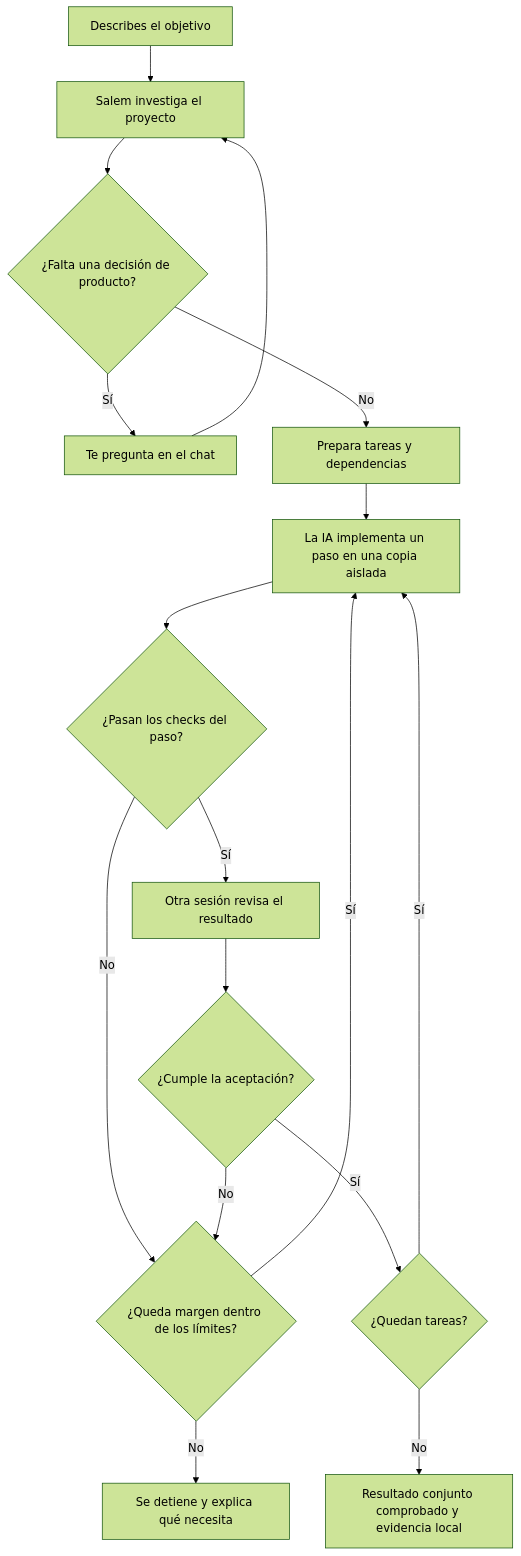
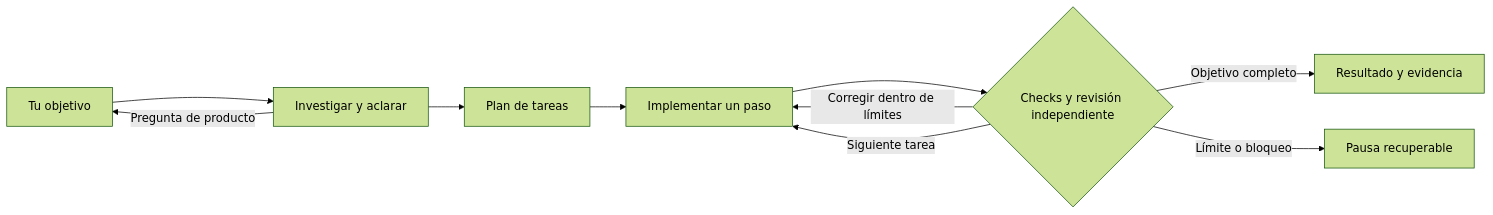
One commit to 88randy/Salem changed the diagram in README.md. Above: the diagram before and after it, drawn with Mermaid (forest theme).

Commit message:
docs: make the workflow diagram easier to scan

````diff
--- a/README.md
+++ b/README.md
@@ -58,19 +58,12 @@
 ```mermaid
-flowchart TD
-    A[Describes el objetivo] --> B[Salem investiga el proyecto]
-    B --> C{¿Falta una decisión de producto?}
-    C -->|Sí| D[Te pregunta en el chat]
-    D --> B
-    C -->|No| E[Prepara tareas y dependencias]
-    E --> F[La IA implementa un paso en una copia aislada]
-    F --> G{¿Pasan los checks del paso?}
-    G -->|Sí| H[Otra sesión revisa el resultado]
-    H --> I{¿Cumple la aceptación?}
-    G -->|No| J{¿Queda margen dentro de los límites?}
-    I -->|No| J
-    J -->|Sí| F
-    J -->|No| K[Se detiene y explica qué necesita]
-    I -->|Sí| L{¿Quedan tareas?}
-    L -->|Sí| F
-    L -->|No| M[Resultado conjunto comprobado y evidencia local]
+flowchart LR
+    A[Tu objetivo] --> B[Investigar y aclarar]
+    B -->|Pregunta de producto| A
+    B --> C[Plan de tareas]
+    C --> D[Implementar un paso]
+    D --> E{Checks y revisión independiente}
+    E -->|Corregir dentro de límites| D
+    E -->|Siguiente tarea| D
+    E -->|Objetivo completo| F[Resultado y evidencia]
+    E -->|Límite o bloqueo| G[Pausa recuperable]
 ```
````
